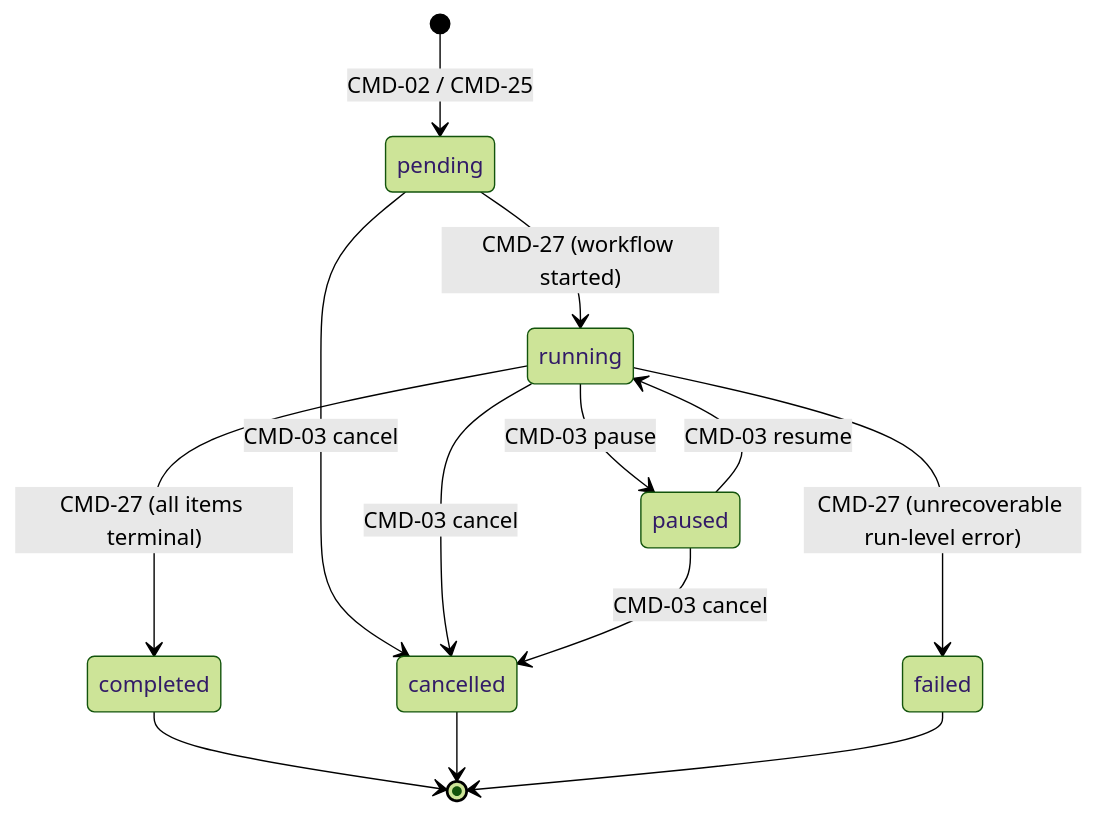
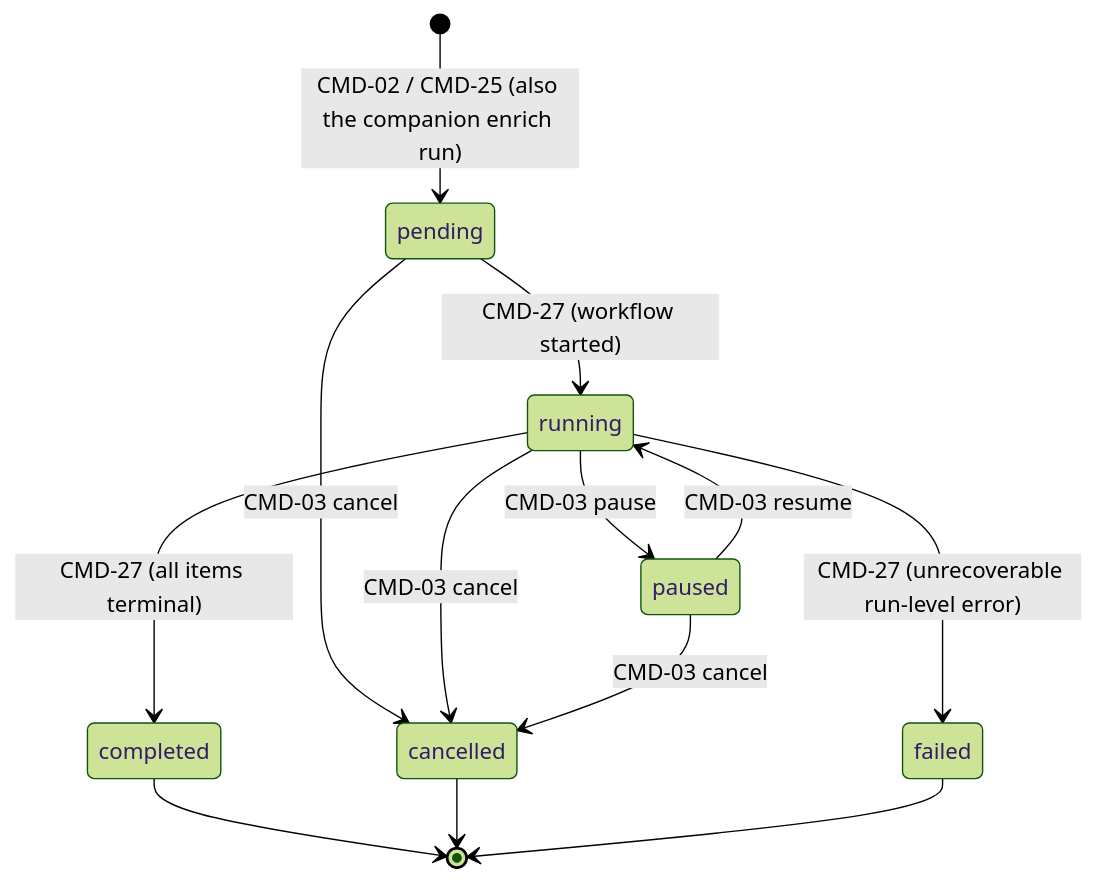
The fourth of 4 diagrams in docs/architecture/domain.md (astepnik/documents_store), drawn with Mermaid (forest theme) before and after one commit. The commit also changed other lines of this file and 9 other files, not shown here.

````diff
--- a/docs/architecture/domain.md
+++ b/docs/architecture/domain.md
@@ -352,15 +357,15 @@
 ```mermaid
 stateDiagram-v2
-  [*] --> pending : CMD-02 / CMD-25
+  [*] --> pending : CMD-02 / CMD-25 (also the companion enrich run)
   pending --> running : CMD-27 (workflow started)
   running --> paused : CMD-03 pause
   paused --> running : CMD-03 resume
   pending --> cancelled : CMD-03 cancel
   running --> cancelled : CMD-03 cancel
   paused --> cancelled : CMD-03 cancel
   running --> completed : CMD-27 (all items terminal)
   running --> failed : CMD-27 (unrecoverable run-level error)
   completed --> [*]
   cancelled --> [*]
   failed --> [*]
 ```
````
